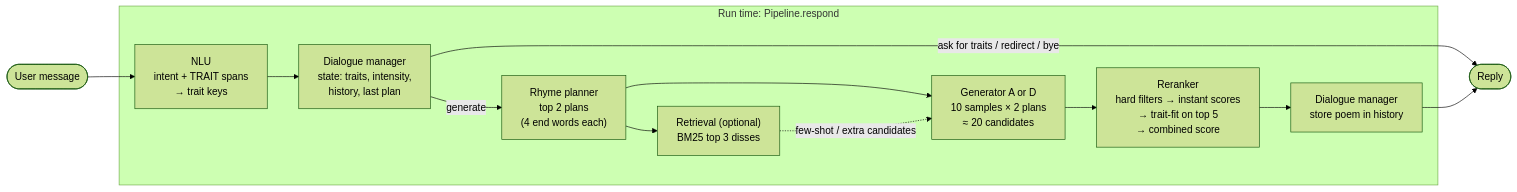
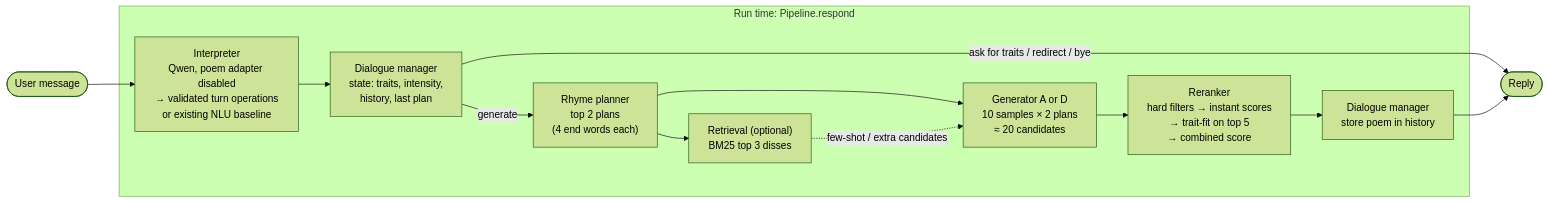
One commit to SchoolWork-awork2103/CS425-Project changed the first of 2 diagrams in ARCHITECTURE.md. Above: the diagram before and after it, drawn with Mermaid (forest theme). The commit also changed other lines of this file and 32 other files, not shown here.

Commit message:
Initial addition of Dialogue Manager

````diff
--- a/ARCHITECTURE.md
+++ b/ARCHITECTURE.md
@@ -13,15 +13,15 @@
 ```mermaid
 flowchart LR
     U([User message]) --> NLU
     subgraph RT[Run time: Pipeline.respond]
-        NLU["NLU<br/>intent + TRAIT spans<br/>→ trait keys"] --> DM["Dialogue manager<br/>state: traits, intensity,<br/>history, last plan"]
+        NLU["Interpreter<br/>Qwen, poem adapter disabled<br/>→ validated turn operations<br/>or existing NLU baseline"] --> DM["Dialogue manager<br/>state: traits, intensity,<br/>history, last plan"]
         DM -->|generate| PL["Rhyme planner<br/>top 2 plans<br/>(4 end words each)"]
         PL --> RET["Retrieval (optional)<br/>BM25 top 3 disses"]
         PL --> GEN["Generator A or D<br/>10 samples × 2 plans<br/>≈ 20 candidates"]
         RET -. few-shot / extra candidates .-> GEN
         GEN --> RR["Reranker<br/>hard filters → instant scores<br/>→ trait-fit on top 5<br/>→ combined score"]
         RR --> DM2["Dialogue manager<br/>store poem in history"]
     end
     DM -->|ask for traits / redirect / bye| R([Reply])
     DM2 --> R
 ```
````
